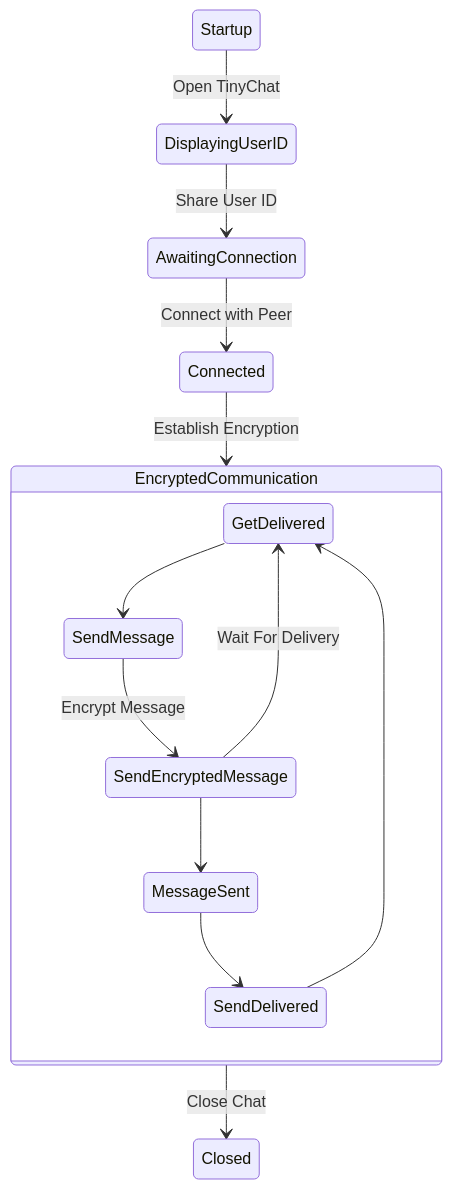
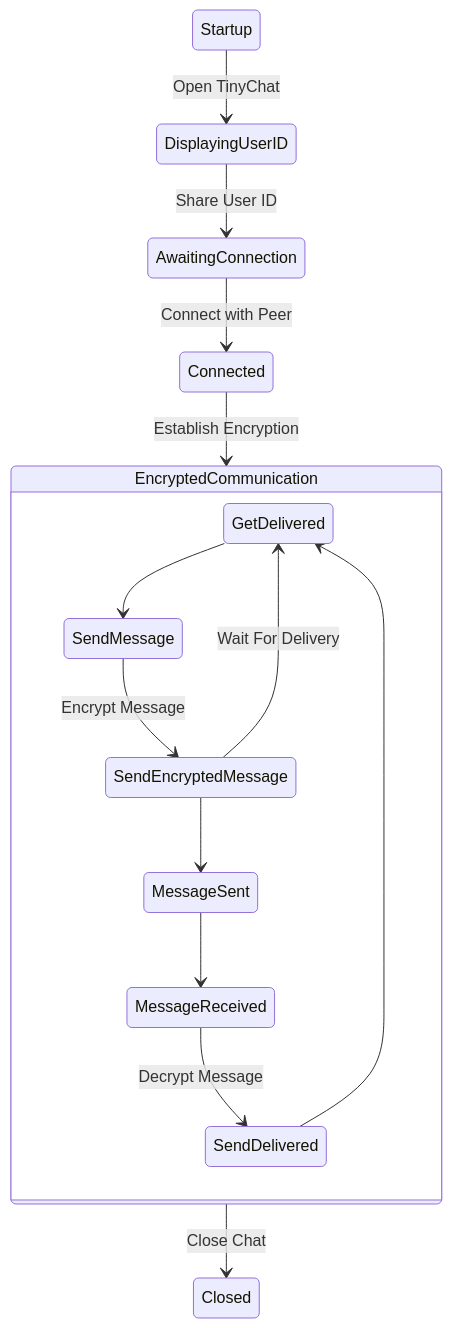
One commit to xXCrash2BomberXx/TinyChat changed the second of 2 diagrams in 4+1.md. Above: the diagram before and after it, drawn with Mermaid.

````diff
--- a/4+1.md
+++ b/4+1.md
@@ -57,17 +57,17 @@
 ```mermaid
 stateDiagram
     Startup --> DisplayingUserID: Open TinyChat
     DisplayingUserID --> AwaitingConnection: Share User ID
     AwaitingConnection --> Connected: Connect with Peer
     Connected --> EncryptedCommunication: Establish Encryption
     EncryptedCommunication --> Closed: Close Chat
     state EncryptedCommunication {
         GetDelivered --> SendMessage
         SendMessage --> SendEncryptedMessage: Encrypt Message
         SendEncryptedMessage --> GetDelivered: Wait For Delivery
         SendEncryptedMessage --> MessageSent
-        MessageSent --> SendDelivered
+        MessageSent --> MessageReceived
+        MessageReceived --> SendDelivered: Decrypt Message
         SendDelivered --> GetDelivered
-        
     }
 ```
````
